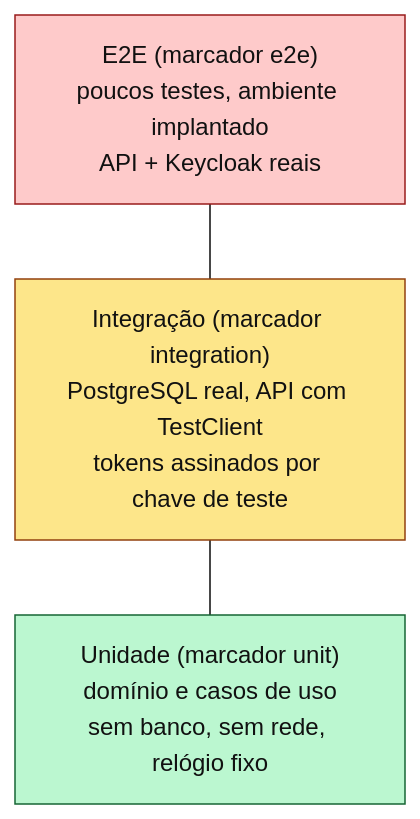
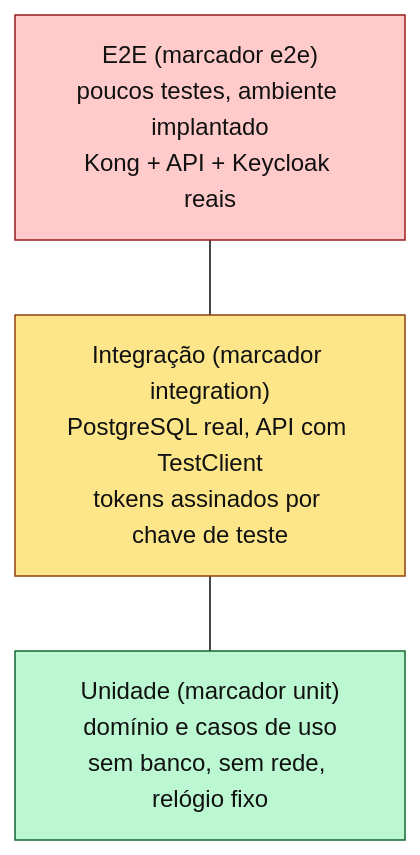
The diagram in docs/09-testes.md (Caina-Climaco/fiap-soat-revenda-veiculos), drawn with Mermaid (base theme) before and after one commit. The commit also changed other lines of this file and 41 other files, not shown here.

First line of the commit message:
feat: API Gateway Kong e monitoramento com Prometheus e Grafana (ADR-015, ADR-016) (#9)

````diff
--- a/docs/09-testes.md
+++ b/docs/09-testes.md
@@ -7,11 +7,11 @@
 ```mermaid
 flowchart TB
-    E2E["E2E (marcador e2e)<br/>poucos testes, ambiente implantado<br/>API + Keycloak reais"]
+    E2E["E2E (marcador e2e)<br/>poucos testes, ambiente implantado<br/>Kong + API + Keycloak reais"]
     INT["Integração (marcador integration)<br/>PostgreSQL real, API com TestClient<br/>tokens assinados por chave de teste"]
     UNI["Unidade (marcador unit)<br/>domínio e casos de uso<br/>sem banco, sem rede, relógio fixo"]
     E2E --- INT --- UNI
 
     style E2E fill:#fecaca,stroke:#991b1b,color:#111111
     style INT fill:#fde68a,stroke:#92400e,color:#111111
     style UNI fill:#bbf7d0,stroke:#166534,color:#111111
 ```
````
